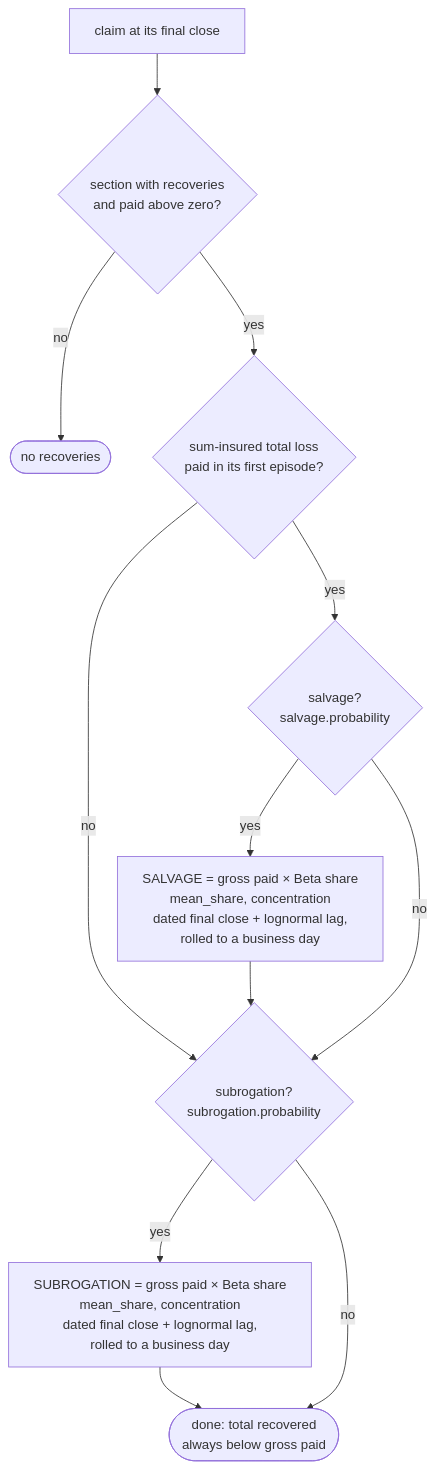
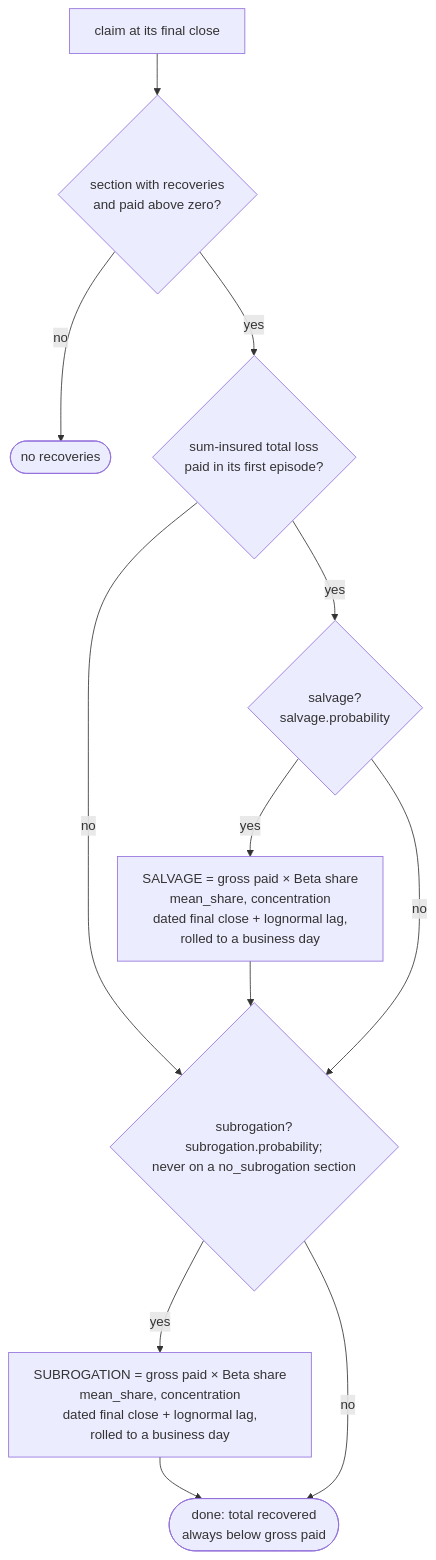
Before and after one commit to le-marais/claims-data-generator: the eighth of 11 diagrams in README.md, drawn with Mermaid. The commit also changed other lines of this file and 21 other files, not shown here.

````diff
--- a/README.md
+++ b/README.md
@@ -289,22 +312,22 @@
 ```mermaid
 %%{init: {"flowchart": {"wrappingWidth": 480}}}%%
 flowchart TD
     closed["claim at its final close"]
     eligible{"section with recoveries<br/>and paid above zero?"}
     noRecovery(["no recoveries"])
     totalLoss{"sum-insured total loss<br/>paid in its first episode?"}
     salvage{"salvage?<br/>salvage.probability"}
     salvageRow["SALVAGE = gross paid × Beta share<br/>mean_share, concentration<br/>dated final close + lognormal lag,<br/>rolled to a business day"]
-    subrogation{"subrogation?<br/>subrogation.probability"}
+    subrogation{"subrogation?<br/>subrogation.probability;<br/>never on a no_subrogation section"}
     subrogationRow["SUBROGATION = gross paid × Beta share<br/>mean_share, concentration<br/>dated final close + lognormal lag,<br/>rolled to a business day"]
     done(["done: total recovered<br/>always below gross paid"])
     closed --> eligible
     eligible -- "no" --> noRecovery
     eligible -- "yes" --> totalLoss
     totalLoss -- "yes" --> salvage
     totalLoss -- "no" --> subrogation
     salvage -- "yes" --> salvageRow --> subrogation
     salvage -- "no" --> subrogation
     subrogation -- "yes" --> subrogationRow --> done
     subrogation -- "no" --> done
 ```
````
